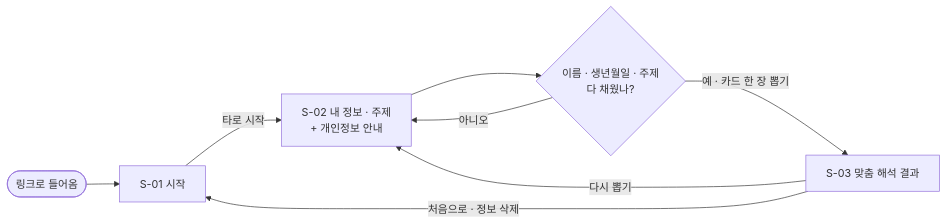
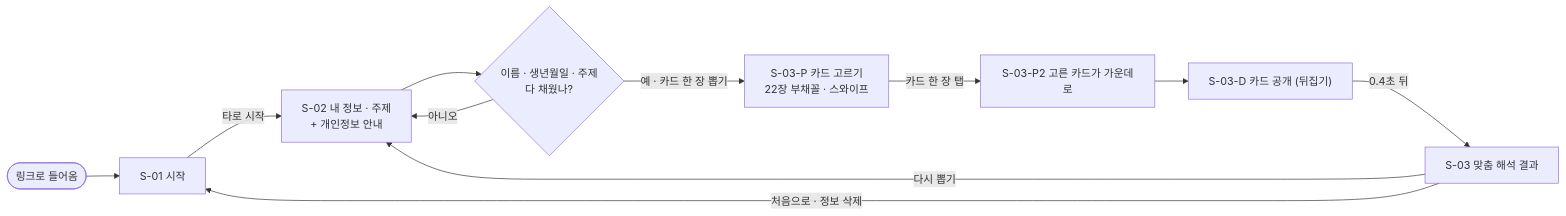
Before and after one commit to wogb1234navercom-hue/taro: the first of 2 diagrams in TARO_03_유저플로우.md, drawn with Mermaid. The commit also changed other lines of this file and 2 other files, not shown here.

Commit message:
Update design guide to v2 from senior's design pack
DESIGN.md now follows the light theme design pack (Noto Sans KR,
#00D959 accent, Rider-Waite-Smith 1909 card art, deck swipe flow),
with text-only contrast fixes (on-accent black, accent-strong,
tertiary, danger). Feature spec F-3 and the user flow gain the
S-03-P card pick and S-03-D reveal steps.

````diff
--- a/TARO_03_유저플로우.md
+++ b/TARO_03_유저플로우.md
@@ -5,10 +5,13 @@
 ```mermaid
 flowchart LR
     IN(["링크로 들어옴"]) --> S1["S-01 시작"]
     S1 -->|타로 시작| S2["S-02 내 정보 · 주제<br/>+ 개인정보 안내"]
     S2 --> V{"이름 · 생년월일 · 주제<br/>다 채웠나?"}
     V -->|아니오| S2
-    V -->|예 · 카드 한 장 뽑기| S3["S-03 맞춤 해석 결과"]
+    V -->|예 · 카드 한 장 뽑기| SP["S-03-P 카드 고르기<br/>22장 부채꼴 · 스와이프"]
+    SP -->|카드 한 장 탭| SP2["S-03-P2 고른 카드가 가운데로"]
+    SP2 --> SD["S-03-D 카드 공개 (뒤집기)"]
+    SD -->|0.4초 뒤| S3["S-03 맞춤 해석 결과"]
     S3 -->|다시 뽑기| S2
     S3 -->|처음으로 · 정보 삭제| S1
 ```
````
